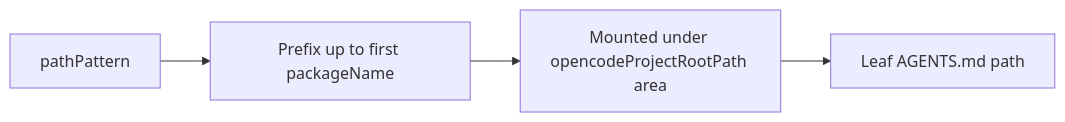
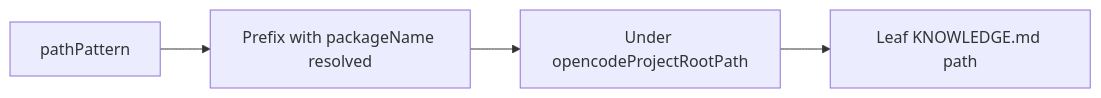
One commit to palaeologic/opencode-conductor changed the diagram in docusaurus/descriptors/descriptor-json.md. Above: the diagram before and after it, drawn with Mermaid. The commit also changed other lines of this file and 32 other files, not shown here.

First line of the commit message:
refactor: KNOWLEDGE.md as leaf canonical name, add areaKnowledgePath, fix hallucinated features

````diff
--- a/docusaurus/descriptors/descriptor-json.md
+++ b/docusaurus/descriptors/descriptor-json.md
@@ -92,6 +96,6 @@
 ```mermaid
 flowchart LR
-  Pat[pathPattern] --> Stem[Prefix up to first packageName]
-  Stem --> Mount[Mounted under opencodeProjectRootPath area]
-  Mount --> Leaf[Leaf AGENTS.md path]
+  Pat[pathPattern] --> Stem[Prefix with packageName resolved]
+  Stem --> Mount[Under opencodeProjectRootPath]
+  Mount --> Leaf[Leaf KNOWLEDGE.md path]
 ```
````
